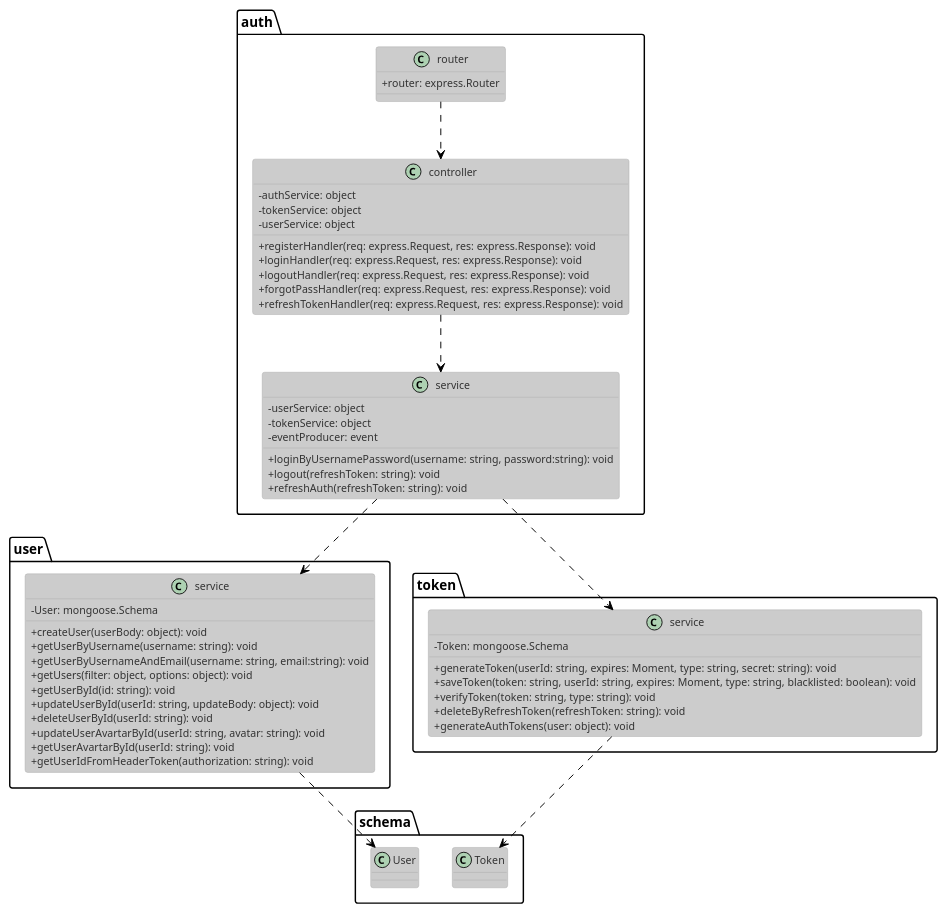
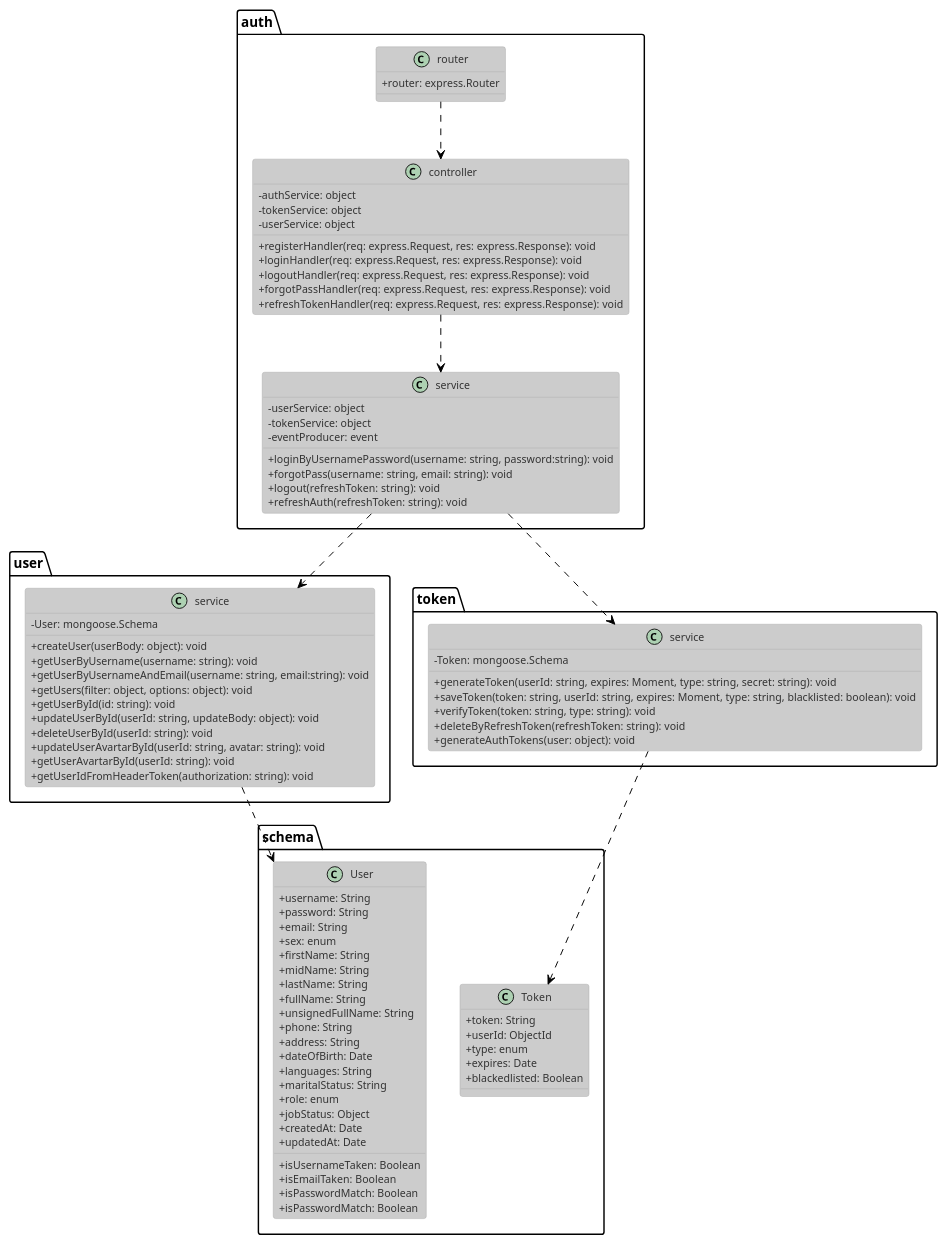
The diagram in plantuml/class/auth.puml (tuannm99/RMS), drawn with PlantUML before and after one commit. The commit also changed 8 other files, not shown here.

```diff
--- a/plantuml/class/auth.puml
+++ b/plantuml/class/auth.puml
@@ -1,70 +1,97 @@
 @startuml authClass
 !theme reddress-lightblue
 
 skinparam classAttributeIconSize 0
 class auth.controller{
   - {field} authService: object
   - {field} tokenService: object
   - {field} userService: object
 
   + {method} registerHandler(req: express.Request, res: express.Response): void
   + {method} loginHandler(req: express.Request, res: express.Response): void
   + {method} logoutHandler(req: express.Request, res: express.Response): void
   + {method} forgotPassHandler(req: express.Request, res: express.Response): void
   + {method} refreshTokenHandler(req: express.Request, res: express.Response): void
 }
 
 class auth.service{
   - {field} userService: object
   - {field} tokenService: object
   - {field} eventProducer: event
 
   + {method} loginByUsernamePassword(username: string, password:string): void
+  + {method} forgotPass(username: string, email: string): void
   + {method} logout(refreshToken: string): void
   + {method} refreshAuth(refreshToken: string): void
 }
 
 class auth.router{
   + {field} router: express.Router
 }
 
 class user.service{
   - {field} User: mongoose.Schema
 
   + {method} createUser(userBody: object): void
   + {method} getUserByUsername(username: string): void
   + {method} getUserByUsernameAndEmail(username: string, email:string): void
   + {method} getUsers(filter: object, options: object): void
   + {method} getUserById(id: string): void
   + {method} updateUserById(userId: string, updateBody: object): void
   + {method} deleteUserById(userId: string): void
   + {method} updateUserAvartarById(userId: string, avatar: string): void
   + {method} getUserAvartarById(userId: string): void
   + {method} getUserIdFromHeaderToken(authorization: string): void
 }
 
 class token.service{
   - {field} Token: mongoose.Schema
 
   + {method} generateToken(userId: string, expires: Moment, type: string, secret: string): void
   + {method} saveToken(token: string, userId: string, expires: Moment, type: string, blacklisted: boolean): void
   + {method} verifyToken(token: string, type: string): void
   + {method} deleteByRefreshToken(refreshToken: string): void
   + {method} generateAuthTokens(user: object): void
 }
 
 class schema.Token {
-
+  + {field} token: String
+  + {field} userId: ObjectId
+  + {field} type: enum 
+  + {field} expires: Date
+  + {field} blackedlisted: Boolean
 }
 
 class schema.User {
+  + {field} username: String
+  + {field} password: String
+  + {field} email: String 
+  + {field} sex: enum
+  + {field} firstName: String 
+  + {field} midName: String
+  + {field} lastName: String 
+  + {field} fullName: String 
+  + {field} unsignedFullName: String
+  + {field} phone: String
+  + {field} address: String
+  + {field} dateOfBirth: Date
+  + {field} languages: String
+  + {field} maritalStatus: String
+  + {field} role: enum
+  + {field} jobStatus: Object
+  + {field} createdAt: Date
+  + {field} updatedAt: Date
 
+  + {method} isUsernameTaken: Boolean
+  + {method} isEmailTaken: Boolean
+  + {method} isPasswordMatch: Boolean
+  + {method} isPasswordMatch: Boolean
 }
 
 auth.controller ..> auth.service
 auth.router ..>	 auth.controller
 auth.service ..> user.service
 auth.service ..> token.service
 user.service ..> schema.User
 token.service ..> schema.Token
 @enduml
```
